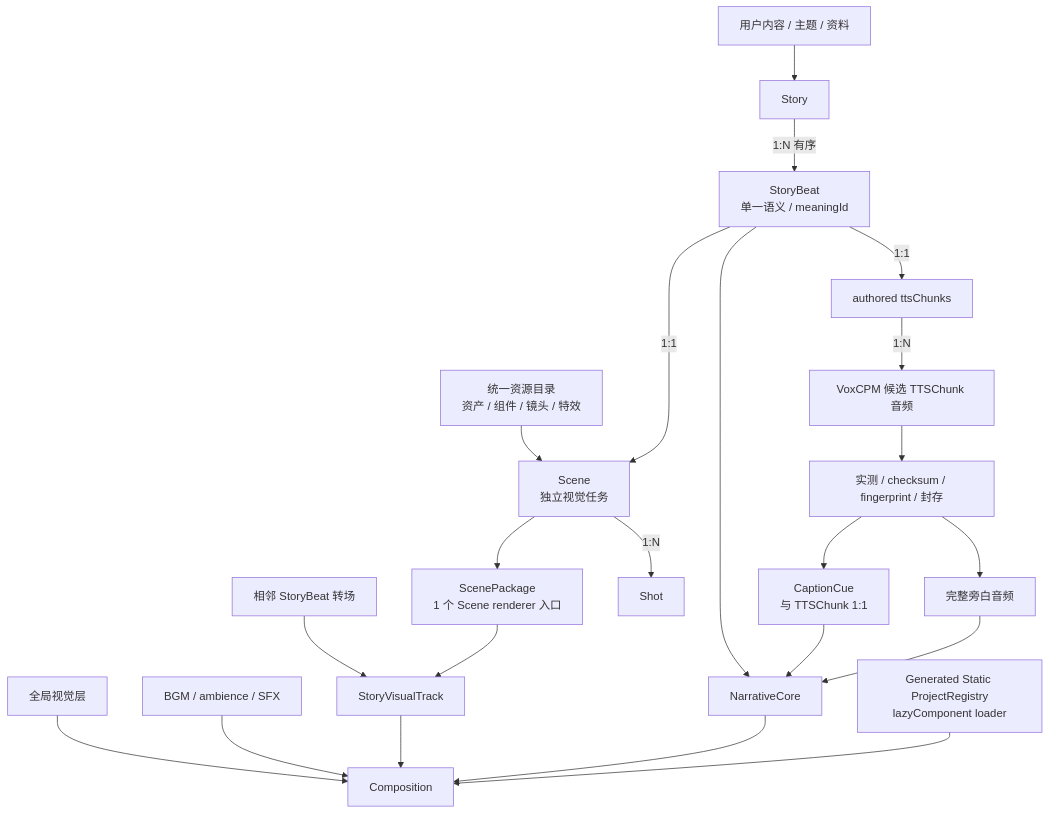
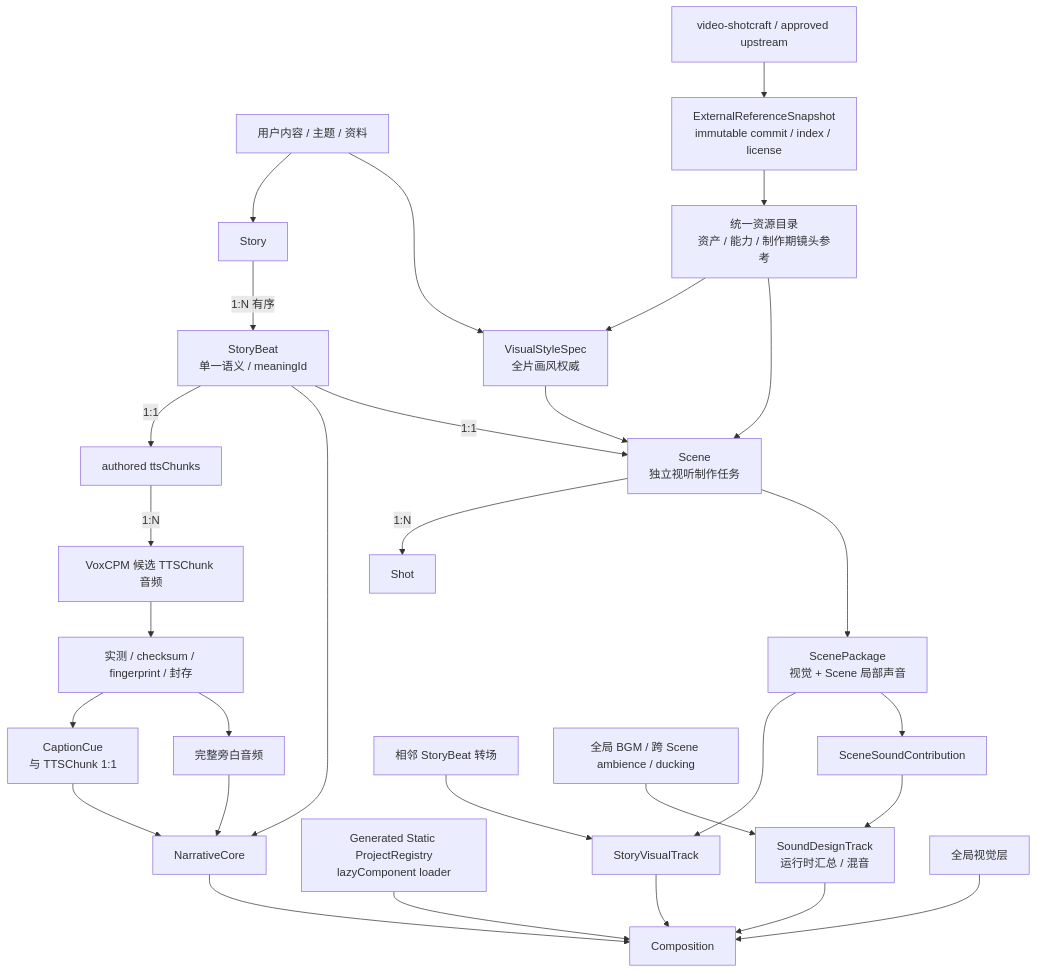
The diagram in docs/FINAL_PRODUCT_GOAL.md (AXMORF/axmorf-studio), drawn with Mermaid before and after one commit. The commit also changed other lines of this file and 16 other files, not shown here.

````diff
--- a/docs/FINAL_PRODUCT_GOAL.md
+++ b/docs/FINAL_PRODUCT_GOAL.md
@@ -10,27 +15,35 @@
 ```mermaid
 flowchart TB
     User["用户内容 / 主题 / 资料"] --> Story["Story"]
     Story -->|"1:N 有序"| Beat["StoryBeat<br/>单一语义 / meaningId"]
 
     Beat -->|"1:1"| Chunks["authored ttsChunks"]
     Chunks -->|"1:N"| Generate["VoxCPM 候选 TTSChunk 音频"]
     Generate --> Seal["实测 / checksum / fingerprint / 封存"]
     Seal --> Captions["CaptionCue<br/>与 TTSChunk 1:1"]
     Seal --> Audio["完整旁白音频"]
     Audio --> Core["NarrativeCore"]
     Captions --> Core
     Beat --> Core
     Registry["Generated Static ProjectRegistry<br/>lazyComponent loader"] --> Composition
 
-    Beat -->|"1:1"| Scene["Scene<br/>独立视觉任务"]
+    User --> Style["VisualStyleSpec<br/>全片画风权威"]
+    Catalog --> Style
+    Upstream["video-shotcraft / approved upstream"] --> Snapshot["ExternalReferenceSnapshot<br/>immutable commit / index / license"]
+    Snapshot --> Catalog
+    Style --> Scene
+    Beat -->|"1:1"| Scene["Scene<br/>独立视听制作任务"]
     Scene -->|"1:N"| Shot["Shot"]
-    Catalog["统一资源目录<br/>资产 / 组件 / 镜头 / 特效"] --> Scene
-    Scene --> Package["ScenePackage<br/>1 个 Scene renderer 入口"]
+    Catalog["统一资源目录<br/>资产 / 能力 / 制作期镜头参考"] --> Scene
+    Scene --> Package["ScenePackage<br/>视觉 + Scene 局部声音"]
     Package --> Visual["StoryVisualTrack"]
+    Package --> SceneSound["SceneSoundContribution"]
     Transition["相邻 StoryBeat 转场"] --> Visual
 
     Core --> Composition["Composition"]
     Visual --> Composition
-    Sound["BGM / ambience / SFX"] --> Composition
+    SceneSound --> Sound["SoundDesignTrack<br/>运行时汇总 / 混音"]
+    GlobalSound["全局 BGM / 跨 Scene ambience / ducking"] --> Sound
+    Sound --> Composition
     Global["全局视觉层"] --> Composition
 ```
````
